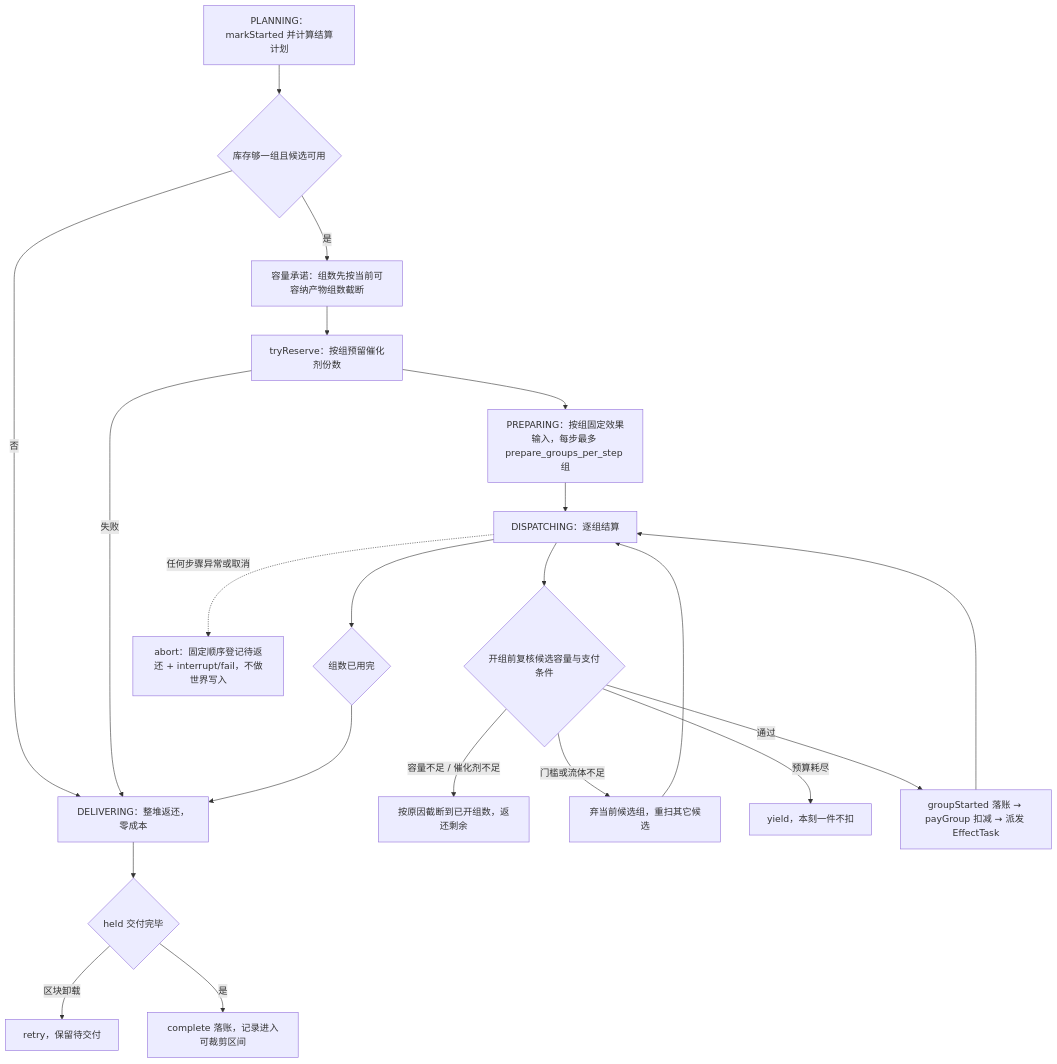
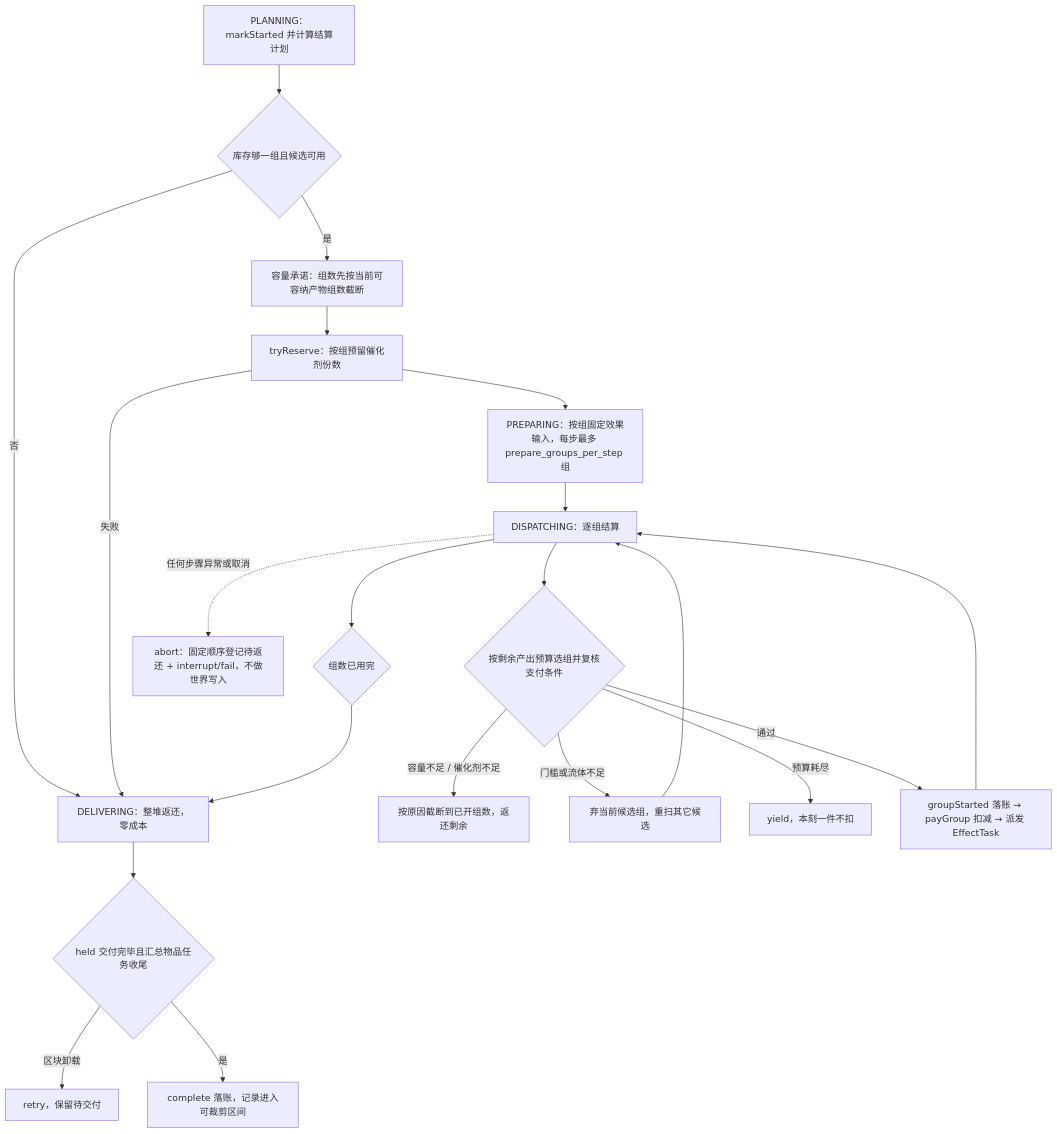
The third of 3 diagrams in docs/modules/conversion-runtime.md (meteoritel/item-despawn-to-what), drawn with Mermaid before and after one commit. The commit also changed other lines of this file and 17 other files, not shown here.

````diff
--- a/docs/modules/conversion-runtime.md
+++ b/docs/modules/conversion-runtime.md
@@ -146,23 +146,23 @@
 ```mermaid
 flowchart TB
     P["PLANNING：markStarted 并计算结算计划"] --> Q{"库存够一组且候选可用"}
     Q -->|"否"| DEL["DELIVERING：整堆返还，零成本"]
     Q -->|"是"| C["容量承诺：组数先按当前可容纳产物组数截断"]
     C --> R["tryReserve：按组预留催化剂份数"]
     R -->|"失败"| DEL
     R --> PR["PREPARING：按组固定效果输入，每步最多 prepare_groups_per_step 组"]
     PR --> S["DISPATCHING：逐组结算"]
-    S --> T{"开组前复核候选容量与支付条件"}
+    S --> T{"按剩余产出预算选组并复核支付条件"}
     T -->|"容量不足 / 催化剂不足"| U["按原因截断到已开组数，返还剩余"]
     T -->|"门槛或流体不足"| UB["弃当前候选组，重扫其它候选"]
     UB --> S
     T -->|"预算耗尽"| V["yield，本刻一件不扣"]
     T -->|"通过"| W["groupStarted 落账 → payGroup 扣减 → 派发 EffectTask"]
     W --> S
     S --> X{"组数已用完"}
     X --> DEL
-    DEL --> Y{"held 交付完毕"}
+    DEL --> Y{"held 交付完毕且汇总物品任务收尾"}
     Y -->|"区块卸载"| Z["retry，保留待交付"]
     Y -->|"是"| DONE["complete 落账，记录进入可裁剪区间"]
     S -.->|"任何步骤异常或取消"| AB["abort：固定顺序登记待返还 + interrupt/fail，不做世界写入"]
 ```
````
